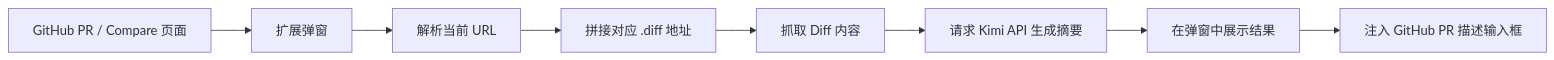
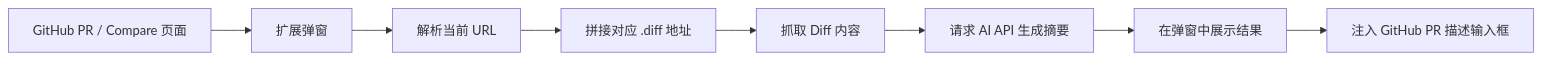
Before and after one commit to JackCC703/github-ai-helper: the diagram in README.md, drawn with Mermaid. The commit also changed other lines of this file and 4 other files, not shown here.

````diff
--- a/README.md
+++ b/README.md
@@ -46,10 +46,10 @@
 ```mermaid
 flowchart LR
   A["GitHub PR / Compare 页面"] --> B["扩展弹窗"]
   B --> C["解析当前 URL"]
   C --> D["拼接对应 .diff 地址"]
   D --> E["抓取 Diff 内容"]
-  E --> F["请求 Kimi API 生成摘要"]
+  E --> F["请求 AI API 生成摘要"]
   F --> G["在弹窗中展示结果"]
   G --> H["注入 GitHub PR 描述输入框"]
 ```
````
